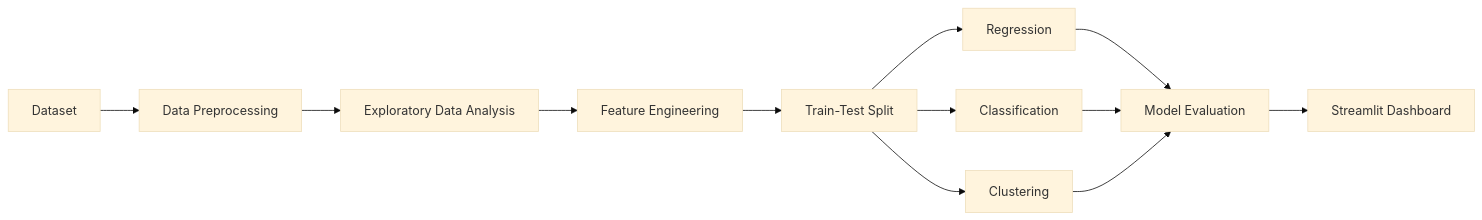
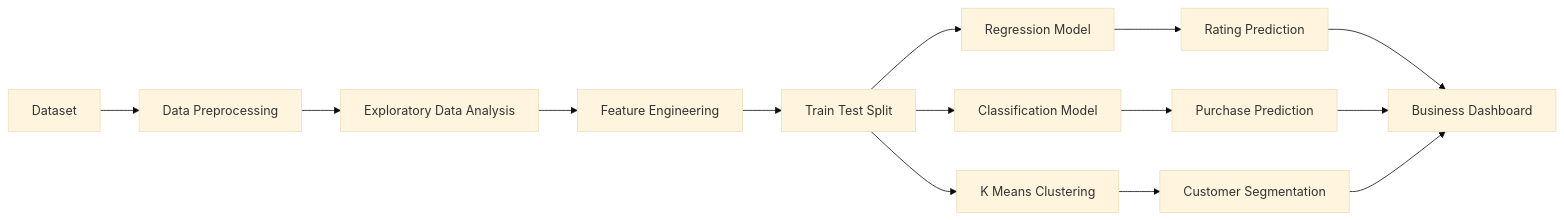
Before and after one commit to Ravneet-project/ecommerce-recommendation-system: the first of 2 diagrams in README.md, drawn with Mermaid (base theme). The commit also changed other lines of this file, not shown here.

````diff
--- a/README.md
+++ b/README.md
@@ -69,36 +85,30 @@
 ```mermaid
 flowchart LR
 
 A[Dataset]
 -->B[Data Preprocessing]
 
-B
--->C[Exploratory Data Analysis]
+B-->C[Exploratory Data Analysis]
 
-C
--->D[Feature Engineering]
+C-->D[Feature Engineering]
 
-D
--->E[Train-Test Split]
+D-->E[Train Test Split]
 
-E
--->F[Regression]
+E-->F[Regression Model]
 
-E
--->G[Classification]
+E-->G[Classification Model]
 
-E
--->H[Clustering]
+E-->H[K Means Clustering]
 
-F
--->I[Model Evaluation]
+F-->I[Rating Prediction]
 
-G
--->I
+G-->J[Purchase Prediction]
 
-H
--->I
+H-->K[Customer Segmentation]
 
-I
--->J[Streamlit Dashboard]
+I-->L[Business Dashboard]
+
+J-->L
+
+K-->L
 ```
````
